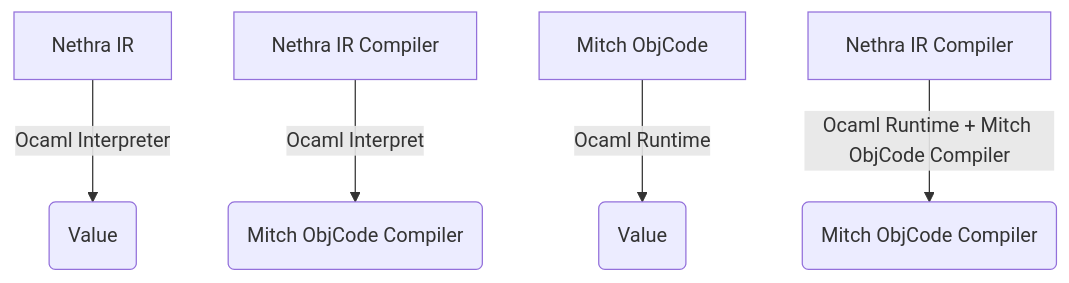
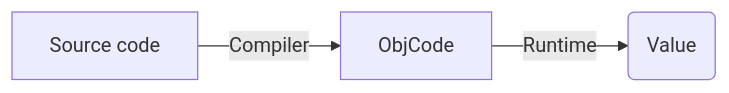
The diagram in ROADMAP.md (ephel-lang/ephel), drawn with Mermaid before and after one commit. The commit also changed other lines of this file and 1 other file, not shown here.

````diff
--- a/ROADMAP.md
+++ b/ROADMAP.md
@@ -5,8 +5,5 @@
 ```mermaid
-flowchart TD
-    A[Nethra IR] -->|Ocaml Interpreter| B(Value)
-    E[Nethra IR Compiler] -->|Ocaml Interpret| F(Mitch ObjCode Compiler)
-    C[Mitch ObjCode] -->|Ocaml Runtime| D(Value)
-    G[Nethra IR Compiler] -->|Ocaml Runtime + Mitch ObjCode Compiler| H(Mitch ObjCode Compiler) 
-    
+flowchart LR
+    A[Source code] -->|Compiler| B(ObjCode)
+    B[ObjCode] -->|Runtime| C(Value)
 ```
````
